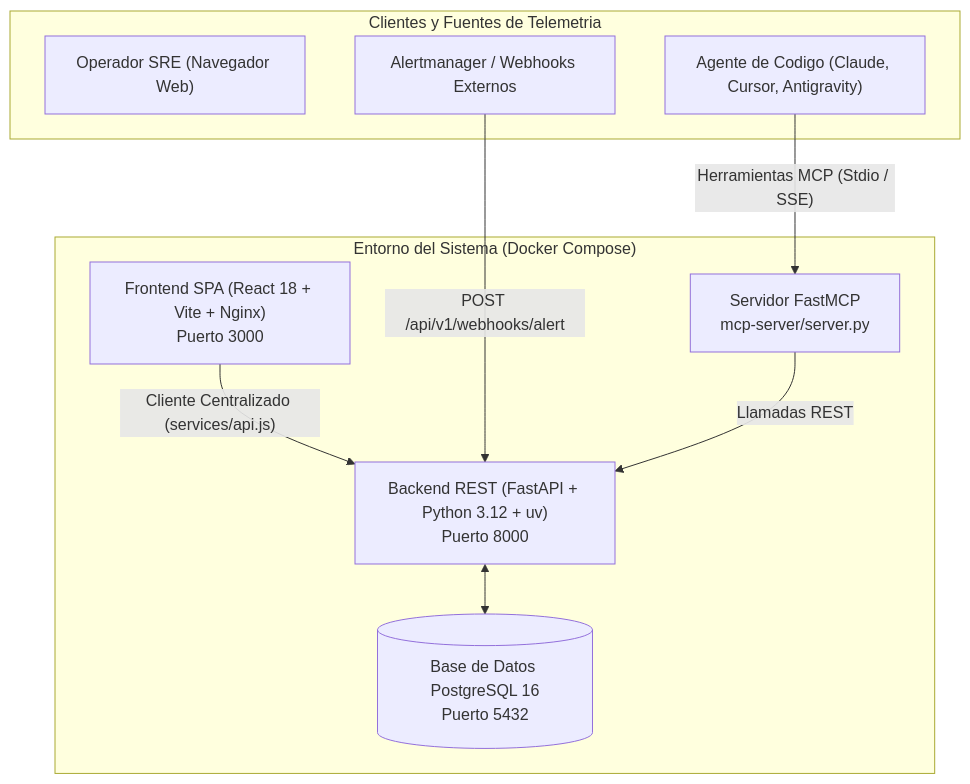
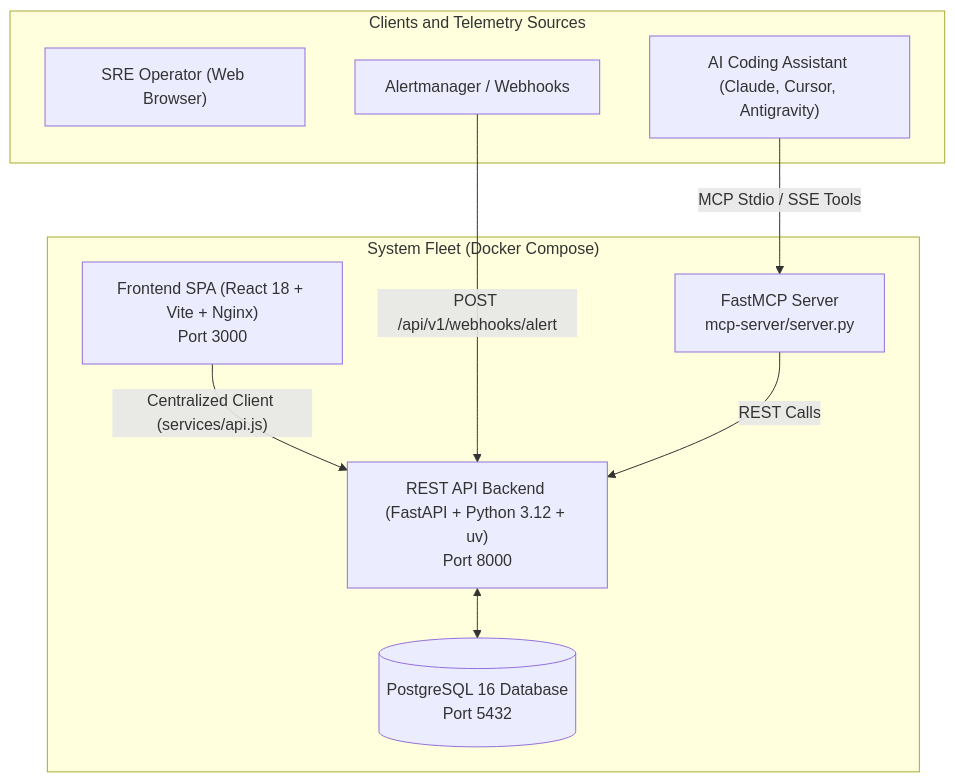
Before and after one commit to NativelogXD/proyecto-1-zoomcamp-ai-dev: the diagram in README.md, drawn with Mermaid. The commit also changed other lines of this file, not shown here.

````diff
--- a/README.md
+++ b/README.md
@@ -59,21 +59,21 @@
 ```mermaid
 flowchart TD
-    subgraph CapaClientes["Clientes y Fuentes de Telemetria"]
-        Operador["Operador SRE (Navegador Web)"]
-        Prometheus["Alertmanager / Webhooks Externos"]
-        AgenteIA["Agente de Codigo (Claude, Cursor, Antigravity)"]
+    subgraph ClientLayer["Clients and Telemetry Sources"]
+        Operator["SRE Operator (Web Browser)"]
+        Prometheus["Alertmanager / Webhooks"]
+        AgentClient["AI Coding Assistant (Claude, Cursor, Antigravity)"]
     end
 
-    subgraph Plataforma["Entorno del Sistema (Docker Compose)"]
-        Frontend["Frontend SPA (React 18 + Vite + Nginx)<br/>Puerto 3000"]
-        Backend["Backend REST (FastAPI + Python 3.12 + uv)<br/>Puerto 8000"]
-        Postgres[("Base de Datos PostgreSQL 16<br/>Puerto 5432")]
-        MCPServer["Servidor FastMCP<br/>mcp-server/server.py"]
+    subgraph PlatformFleet["System Fleet (Docker Compose)"]
+        Frontend["Frontend SPA (React 18 + Vite + Nginx)<br/>Port 3000"]
+        Backend["REST API Backend (FastAPI + Python 3.12 + uv)<br/>Port 8000"]
+        Postgres[("PostgreSQL 16 Database<br/>Port 5432")]
+        MCPServer["FastMCP Server<br/>mcp-server/server.py"]
 
-        Frontend -- "Cliente Centralizado (services/api.js)" --> Backend
+        Frontend -- "Centralized Client (services/api.js)" --> Backend
         Prometheus -- "POST /api/v1/webhooks/alert" --> Backend
-        AgenteIA -- "Herramientas MCP (Stdio / SSE)" --> MCPServer
-        MCPServer -- "Llamadas REST" --> Backend
+        AgentClient -- "MCP Stdio / SSE Tools" --> MCPServer
+        MCPServer -- "REST Calls" --> Backend
         Backend <--> Postgres
     end
 ```
````
